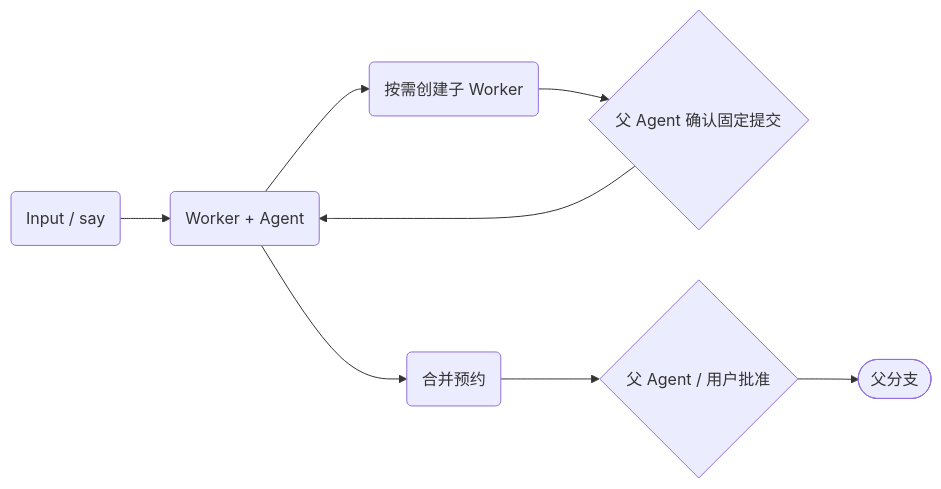
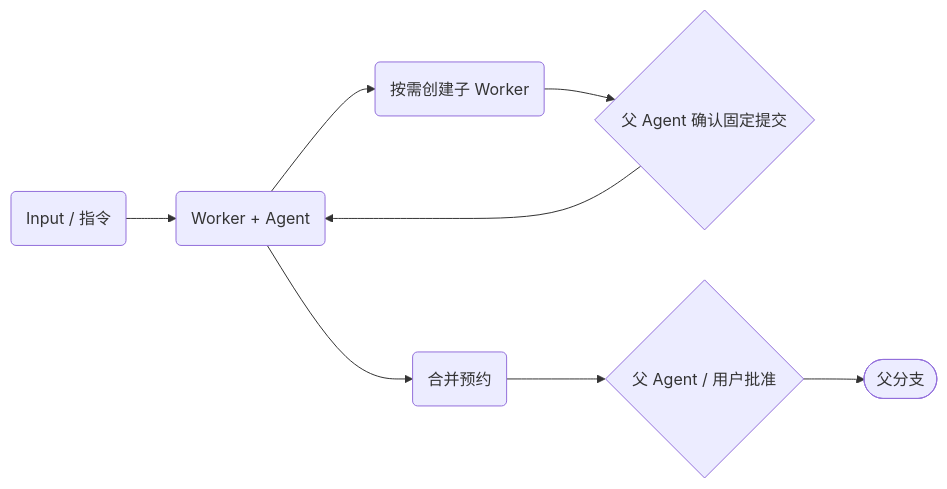
One commit to Loyage/lush changed the diagram in docs/core-architecture.md. Above: the diagram before and after it, drawn with Mermaid. The commit also changed other lines of this file and 188 other files, not shown here.

````diff
--- a/docs/core-architecture.md
+++ b/docs/core-architecture.md
@@ -22,10 +22,10 @@
 ```mermaid
 flowchart LR
-    input("Input / say") --> task("Worker + Agent")
+    input("Input / 指令") --> task("Worker + Agent")
     task --> child("按需创建子 Worker")
     child --> confirm{"父 Agent 确认固定提交"}
     confirm --> task
     task --> request("合并预约")
     request --> approve{"父 Agent / 用户批准"}
     approve --> target(["父分支"])
 ```
````
